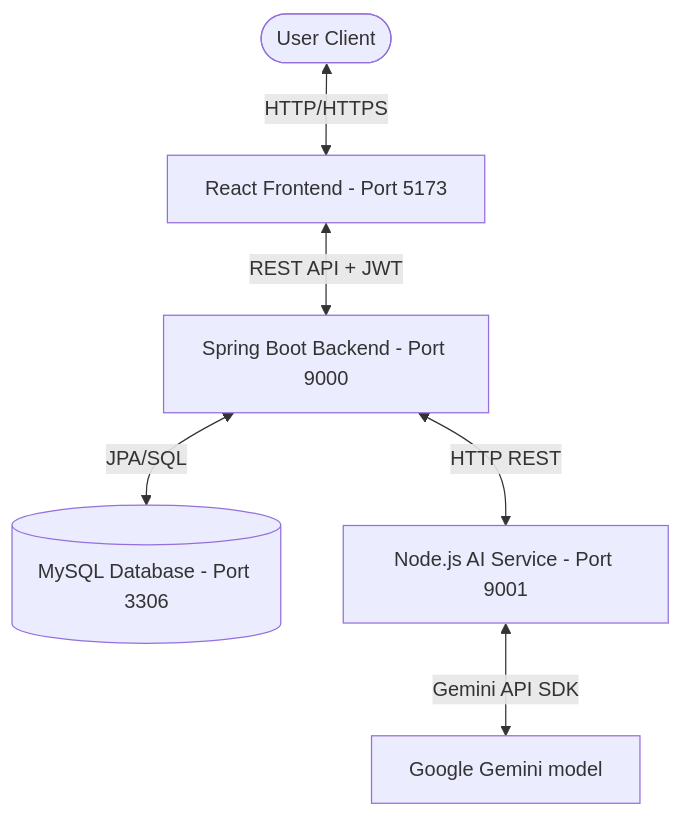
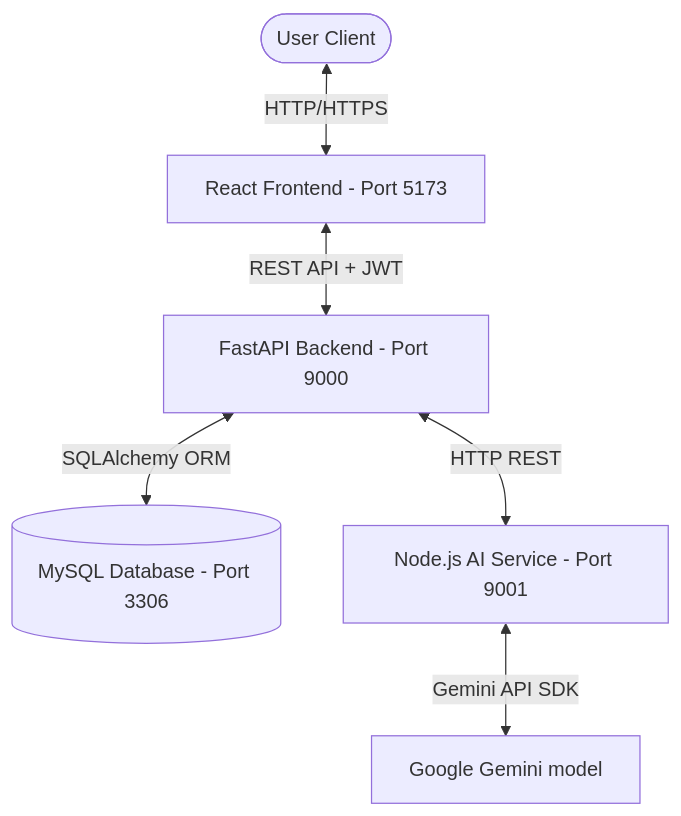
Before and after one commit to Vishnu3568/TravelBillingSystem: the diagram in README.md, drawn with Mermaid. The commit also changed other lines of this file and 11 other files, not shown here.

````diff
--- a/README.md
+++ b/README.md
@@ -11,8 +11,8 @@
 ```mermaid
 graph TD
     User([User Client]) <-->|HTTP/HTTPS| FE[React Frontend - Port 5173]
-    FE <-->|REST API + JWT| BE[Spring Boot Backend - Port 9000]
-    BE <-->|JPA/SQL| DB[(MySQL Database - Port 3306)]
+    FE <-->|REST API + JWT| BE[FastAPI Backend - Port 9000]
+    BE <-->|SQLAlchemy ORM| DB[(MySQL Database - Port 3306)]
     BE <-->|HTTP REST| AI[Node.js AI Service - Port 9001]
     AI <-->|Gemini API SDK| Gemini[Google Gemini model]
 ```
````
